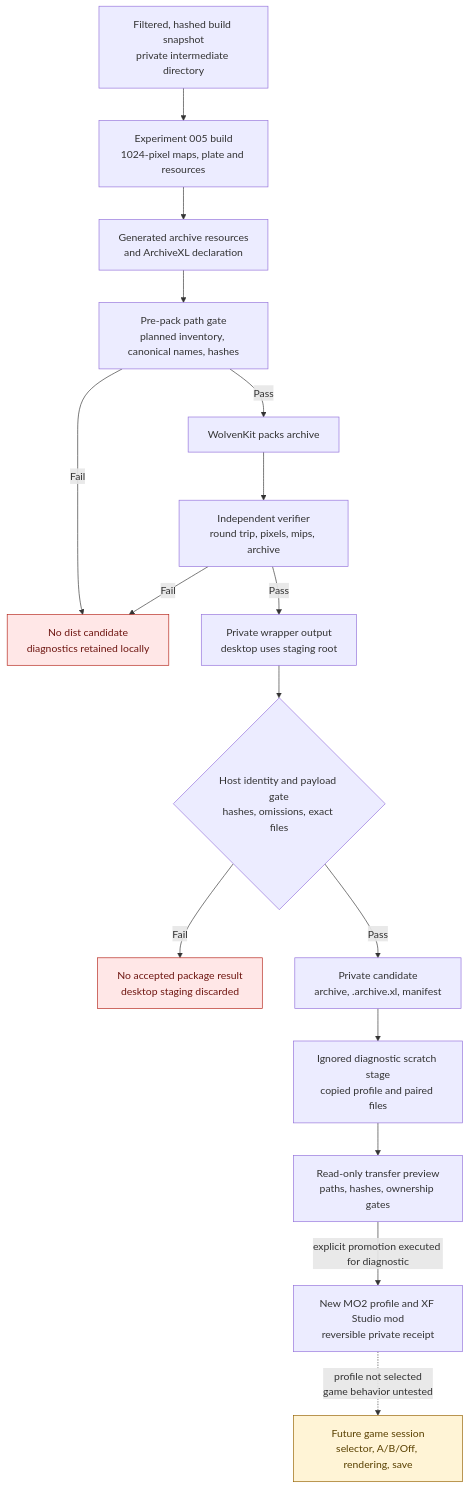
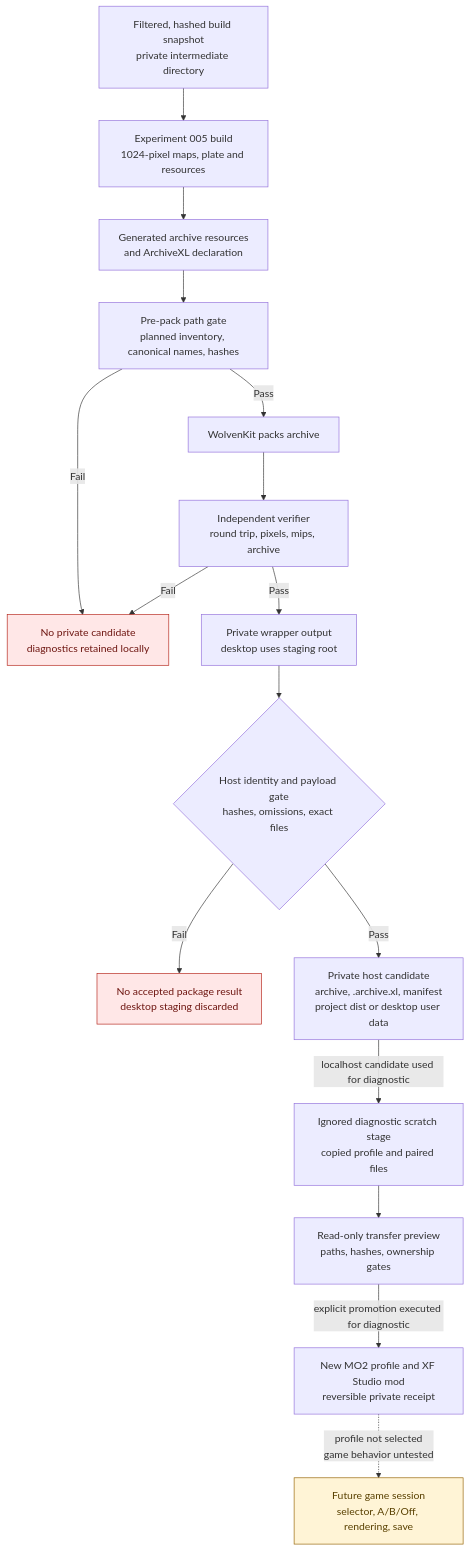
The second of 3 diagrams in research/authoring/studio-to-mod-pipeline.md (axefrog/xf-studio), drawn with Mermaid before and after one commit. The commit also changed other lines of this file, not shown here.

Commit message:
docs: sync studio mod pipeline with desktop candidate and WebView evidence

````diff
--- a/research/authoring/studio-to-mod-pipeline.md
+++ b/research/authoring/studio-to-mod-pipeline.md
@@ -45,23 +46,23 @@
 ```mermaid
 flowchart TB
   snapshot["Filtered, hashed build snapshot<br/>private intermediate directory"] --> bake["Experiment 005 build<br/>1024-pixel maps, plate and resources"]
   bake --> resources["Generated archive resources<br/>and ArchiveXL declaration"]
   resources --> gate["Pre-pack path gate<br/>planned inventory, canonical names, hashes"]
   gate -- Fail --> stop
   gate -- Pass --> pack["WolvenKit packs archive"]
   pack --> verifier["Independent verifier<br/>round trip, pixels, mips, archive"]
-  verifier -- Fail --> stop["No dist candidate<br/>diagnostics retained locally"]
+  verifier -- Fail --> stop["No private candidate<br/>diagnostics retained locally"]
   verifier -- Pass --> dist["Private wrapper output<br/>desktop uses staging root"]
   dist --> resultGate{"Host identity and payload gate<br/>hashes, omissions, exact files"}
   resultGate -- Fail --> unaccepted["No accepted package result<br/>desktop staging discarded"]
-  resultGate -- Pass --> candidate["Private candidate<br/>archive, .archive.xl, manifest"]
-  candidate --> scratch["Ignored diagnostic scratch stage<br/>copied profile and paired files"]
+  resultGate -- Pass --> candidate["Private host candidate<br/>archive, .archive.xl, manifest<br/>project dist or desktop user data"]
+  candidate -- "localhost candidate used for diagnostic" --> scratch["Ignored diagnostic scratch stage<br/>copied profile and paired files"]
   scratch --> preview["Read-only transfer preview<br/>paths, hashes, ownership gates"]
   preview -- "explicit promotion executed for diagnostic" --> mo2["New MO2 profile and XF Studio mod<br/>reversible private receipt"]
   mo2 -. "profile not selected<br/>game behavior untested" .-> runtime["Future game session<br/>selector, A/B/Off, rendering, save"]
 
   classDef blocked fill:#ffe7e7,stroke:#b42318,color:#6e1611;
   classDef pending fill:#fff4d6,stroke:#946200,color:#594000;
   class stop,unaccepted blocked;
   class runtime pending;
 ```
````
